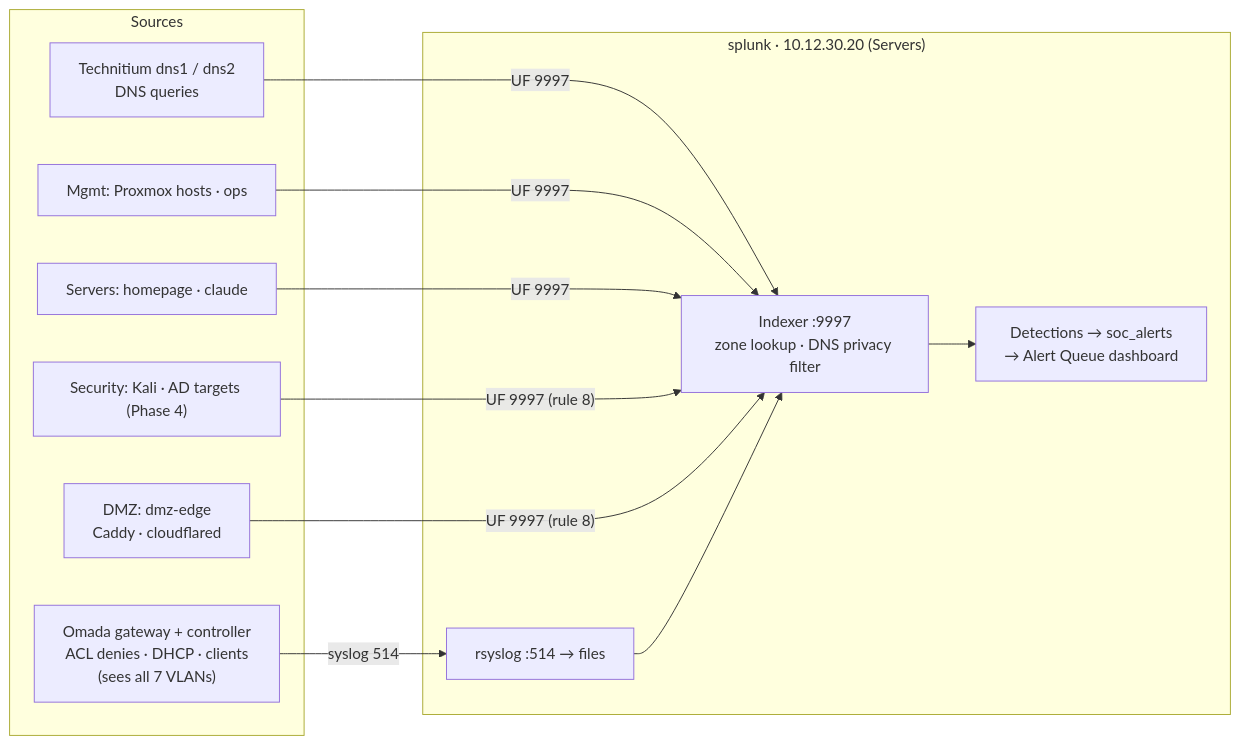
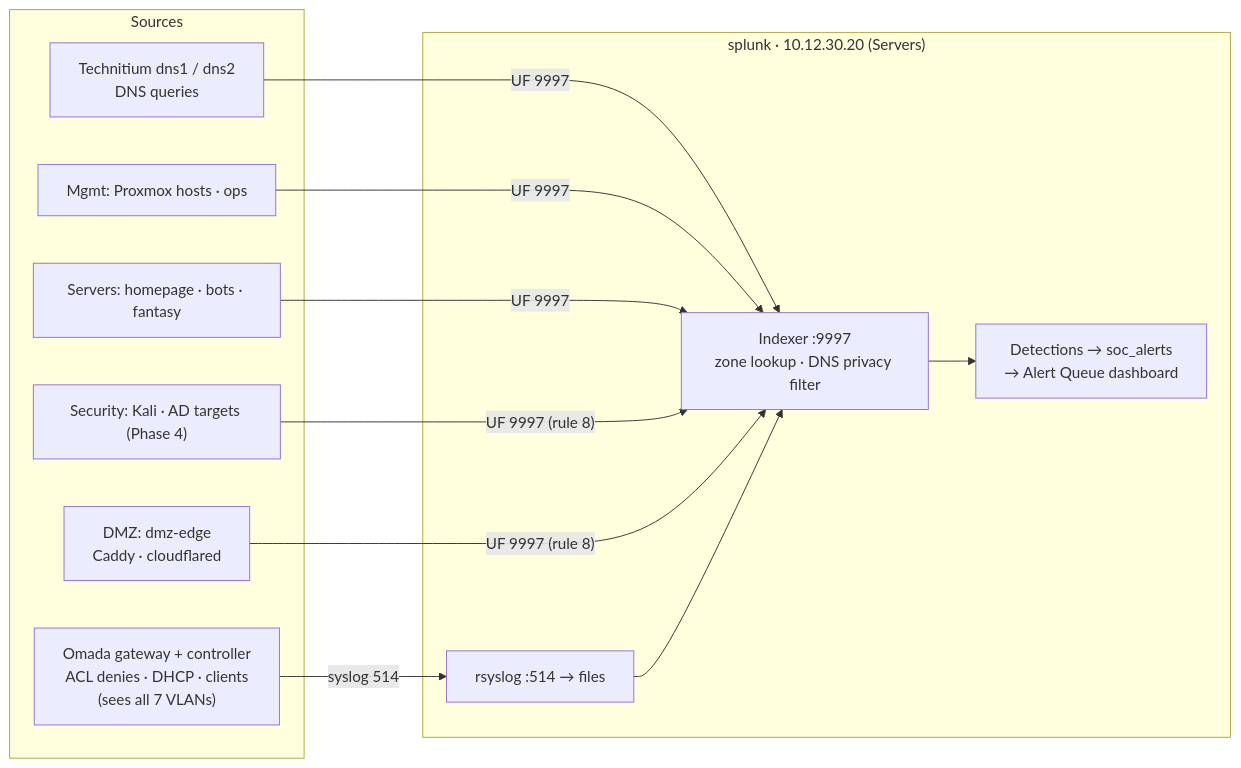
The diagram in docs/architecture/siem.md (J-DeMarzo/enterprise-homelab), drawn with Mermaid before and after one commit. The commit also changed other lines of this file and 5 other files, not shown here.

First line of the commit message:
Rename LXC 301 claude -> bots; ops is the agent workstation

````diff
--- a/docs/architecture/siem.md
+++ b/docs/architecture/siem.md
@@ -12,23 +12,23 @@
 ```mermaid
 flowchart LR
     subgraph sources["Sources"]
         gw["Omada gateway + controller<br/>ACL denies · DHCP · clients<br/>(sees all 7 VLANs)"]
         dns["Technitium dns1 / dns2<br/>DNS queries"]
         mgmt["Mgmt: Proxmox hosts · ops"]
-        srv["Servers: homepage · claude"]
+        srv["Servers: homepage · bots · fantasy"]
         sec["Security: Kali · AD targets (Phase 4)"]
         dmz["DMZ: dmz-edge<br/>Caddy · cloudflared"]
     end
     subgraph splunk["splunk · 10.12.30.20 (Servers)"]
         rs["rsyslog :514 → files"]
         idx["Indexer :9997<br/>zone lookup · DNS privacy filter"]
         q["Detections → soc_alerts<br/>→ Alert Queue dashboard"]
     end
     gw -- "syslog 514" --> rs
     dns -- "UF 9997" --> idx
     mgmt -- "UF 9997" --> idx
     srv -- "UF 9997" --> idx
     sec -- "UF 9997 (rule 8)" --> idx
     dmz -- "UF 9997 (rule 8)" --> idx
     rs --> idx --> q
 ```
````
